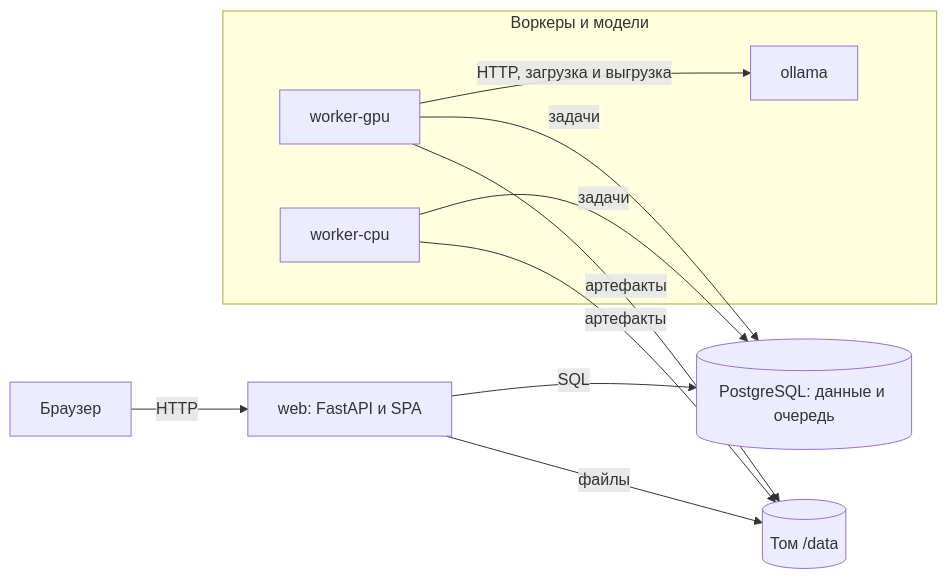
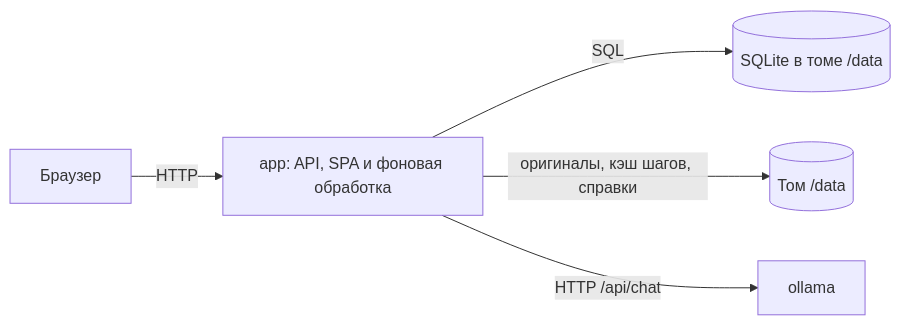
The fourth of 4 diagrams in docs/spec.md (B4rb4r1s/Rapporteur), drawn with Mermaid before and after one commit. The commit also changed other lines of this file and 353 other files, not shown here.

````diff
--- a/docs/spec.md
+++ b/docs/spec.md
@@ -509,16 +508,7 @@
 ```mermaid
 flowchart LR
-  BR["Браузер"] -->|HTTP| WEB["web: FastAPI и SPA"]
-  WEB -->|SQL| DB[("PostgreSQL: данные и очередь")]
-  WEB -->|файлы| VOL[("Том /data")]
-  subgraph W["Воркеры и модели"]
-    CPU["worker-cpu"]
-    GPU["worker-gpu"]
-    OLLAMA["ollama"]
-    GPU -->|"HTTP, загрузка и выгрузка"| OLLAMA
-  end
-  CPU -->|задачи| DB
-  GPU -->|задачи| DB
-  CPU -->|артефакты| VOL
-  GPU -->|артефакты| VOL
+  BR["Браузер"] -->|HTTP| APP["app: API, SPA и фоновая обработка"]
+  APP -->|SQL| DB[("SQLite в томе /data")]
+  APP -->|"оригиналы, кэш шагов, справки"| VOL[("Том /data")]
+  APP -->|"HTTP /api/chat"| OLLAMA["ollama"]
 ```
````
